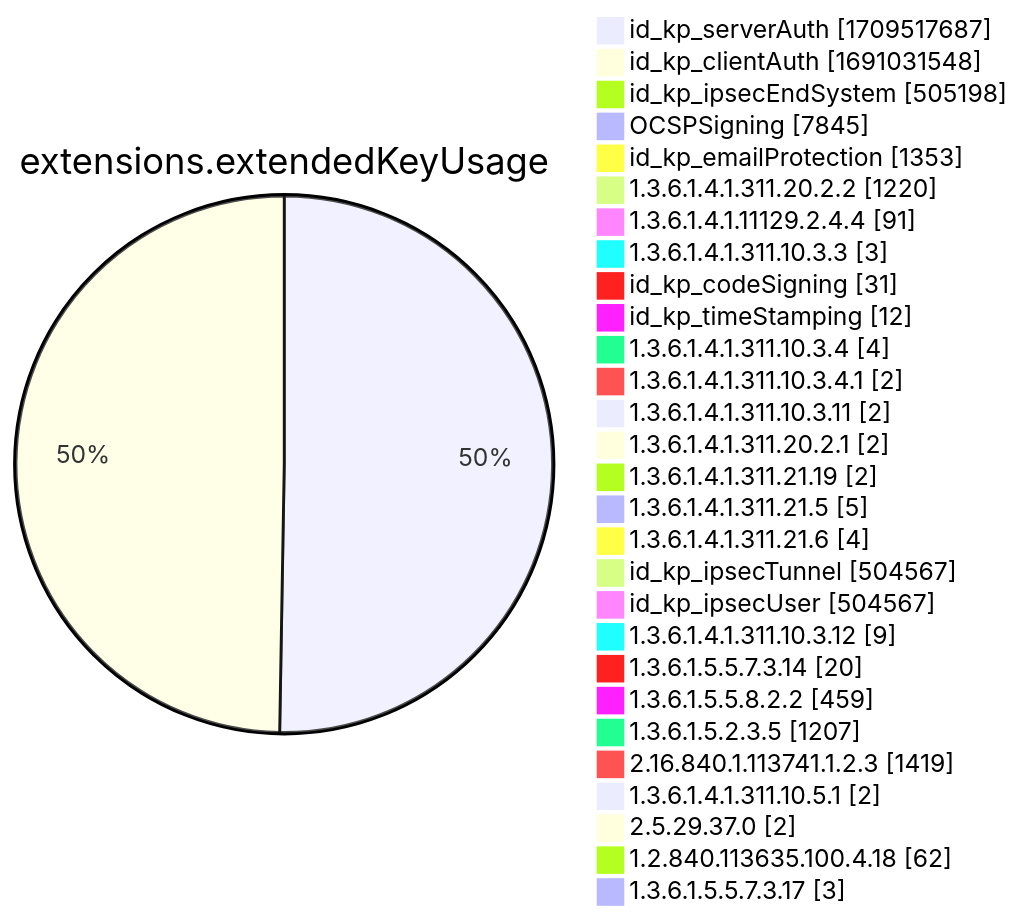
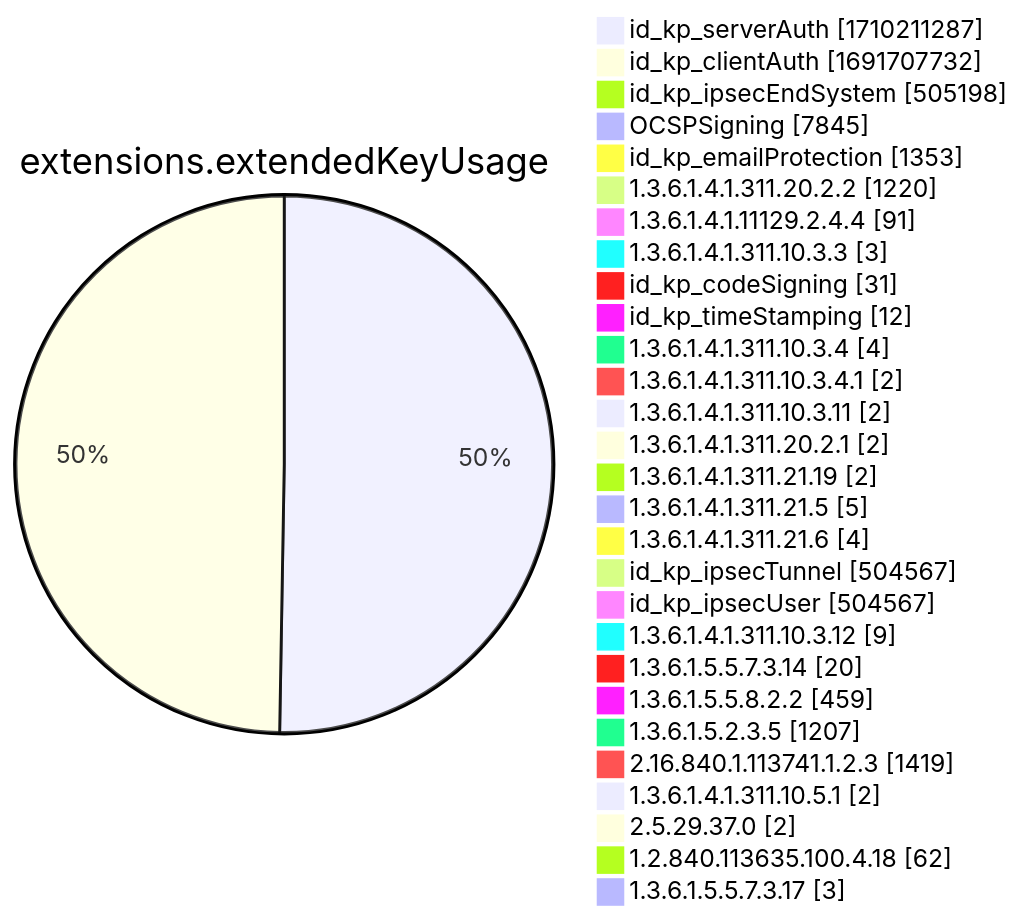
Diagram 12 of 15 in xenon2022/README.md (christiankrug/ctmonitor_visualization), drawn with Mermaid before and after one commit. The commit also changed other lines of this file, not shown here.

````diff
--- a/xenon2022/README.md
+++ b/xenon2022/README.md
@@ -3888,32 +3888,32 @@
 ```mermaid
 pie showData
 title extensions.extendedKeyUsage
-"id_kp_serverAuth" :1709517687
-"id_kp_clientAuth" :1691031548
+"id_kp_serverAuth" :1710211287
+"id_kp_clientAuth" :1691707732
 "id_kp_ipsecEndSystem" :505198
 "OCSPSigning" :7845
 "id_kp_emailProtection" :1353
 "1.3.6.1.4.1.311.20.2.2" :1220
 "1.3.6.1.4.1.11129.2.4.4" :91
 "1.3.6.1.4.1.311.10.3.3" :3
 "id_kp_codeSigning" :31
 "id_kp_timeStamping" :12
 "1.3.6.1.4.1.311.10.3.4" :4
 "1.3.6.1.4.1.311.10.3.4.1" :2
 "1.3.6.1.4.1.311.10.3.11" :2
 "1.3.6.1.4.1.311.20.2.1" :2
 "1.3.6.1.4.1.311.21.19" :2
 "1.3.6.1.4.1.311.21.5" :5
 "1.3.6.1.4.1.311.21.6" :4
 "id_kp_ipsecTunnel" :504567
 "id_kp_ipsecUser" :504567
 "1.3.6.1.4.1.311.10.3.12" :9
 "1.3.6.1.5.5.7.3.14" :20
 "1.3.6.1.5.5.8.2.2" :459
 "1.3.6.1.5.2.3.5" :1207
 "2.16.840.1.113741.1.2.3" :1419
 "1.3.6.1.4.1.311.10.5.1" :2
 "2.5.29.37.0" :2
 "1.2.840.113635.100.4.18" :62
 "1.3.6.1.5.5.7.3.17" :3
 ```
````
